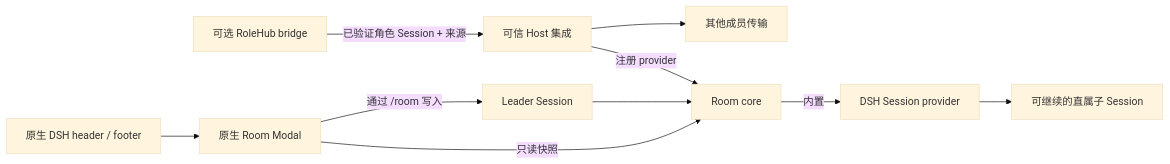
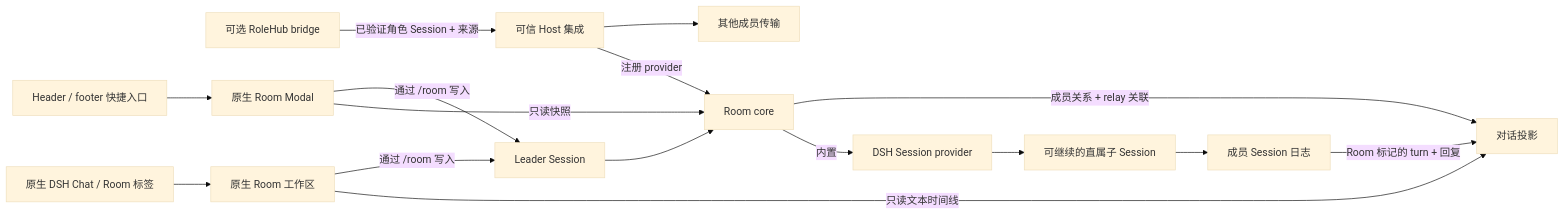
One commit to ishuowang/dsh-agent-team-room changed the diagram in README.zh.md. Above: the diagram before and after it, drawn with Mermaid (base theme). The commit also changed other lines of this file and 43 other files, not shown here.

````diff
--- a/README.zh.md
+++ b/README.zh.md
@@ -25,14 +25,20 @@
 ```mermaid
 flowchart LR
   L[Leader Session] --> R[Room core]
   R -->|内置| D[DSH Session provider]
   D --> C[可继续的直属子 Session]
+  C --> S[成员 Session 日志]
 
   H[可信 Host 集成] -->|注册 provider| R
   RH[可选 RoleHub bridge] -->|已验证角色 Session + 来源| H
   H --> X[其他成员传输]
 
-  UI[原生 DSH header / footer] --> M[原生 Room Modal]
+  UI[原生 DSH Chat / Room 标签] --> V[原生 Room 工作区]
+  E[Header / footer 快捷入口] --> M[原生 Room Modal]
+  R -->|成员关系 + relay 关联| P[对话投影]
+  S -->|Room 标记的 turn + 回复| P
+  V -->|只读文本时间线| P
   M -->|只读快照| R
+  V -->|通过 /room 写入| L
   M -->|通过 /room 写入| L
 ```
````
